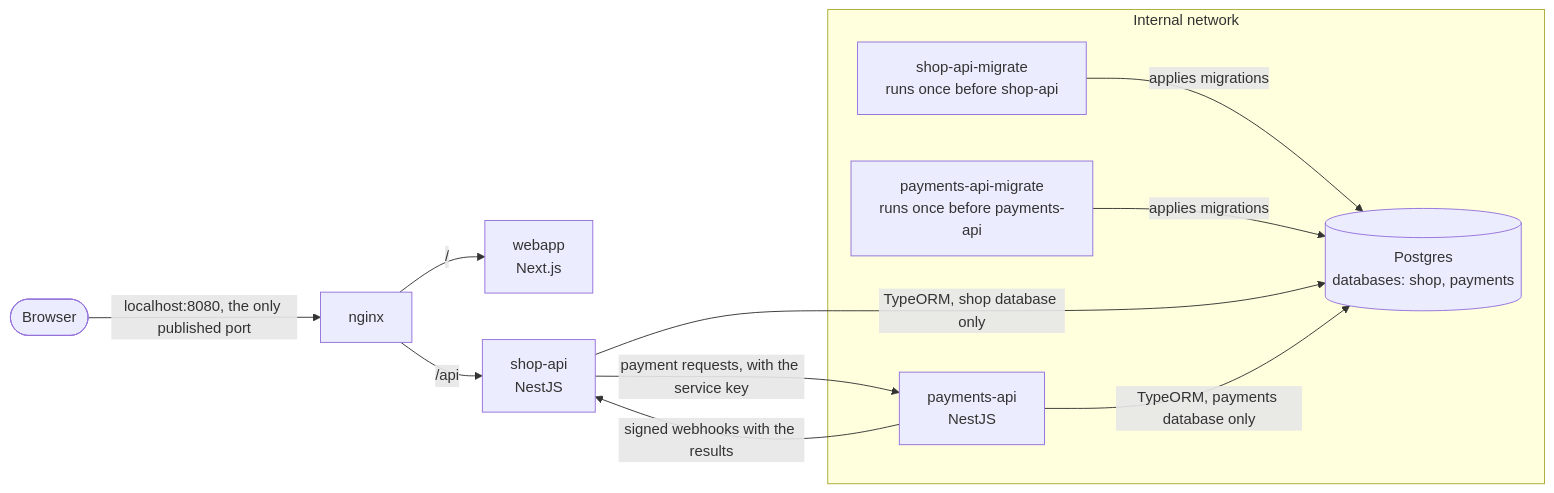
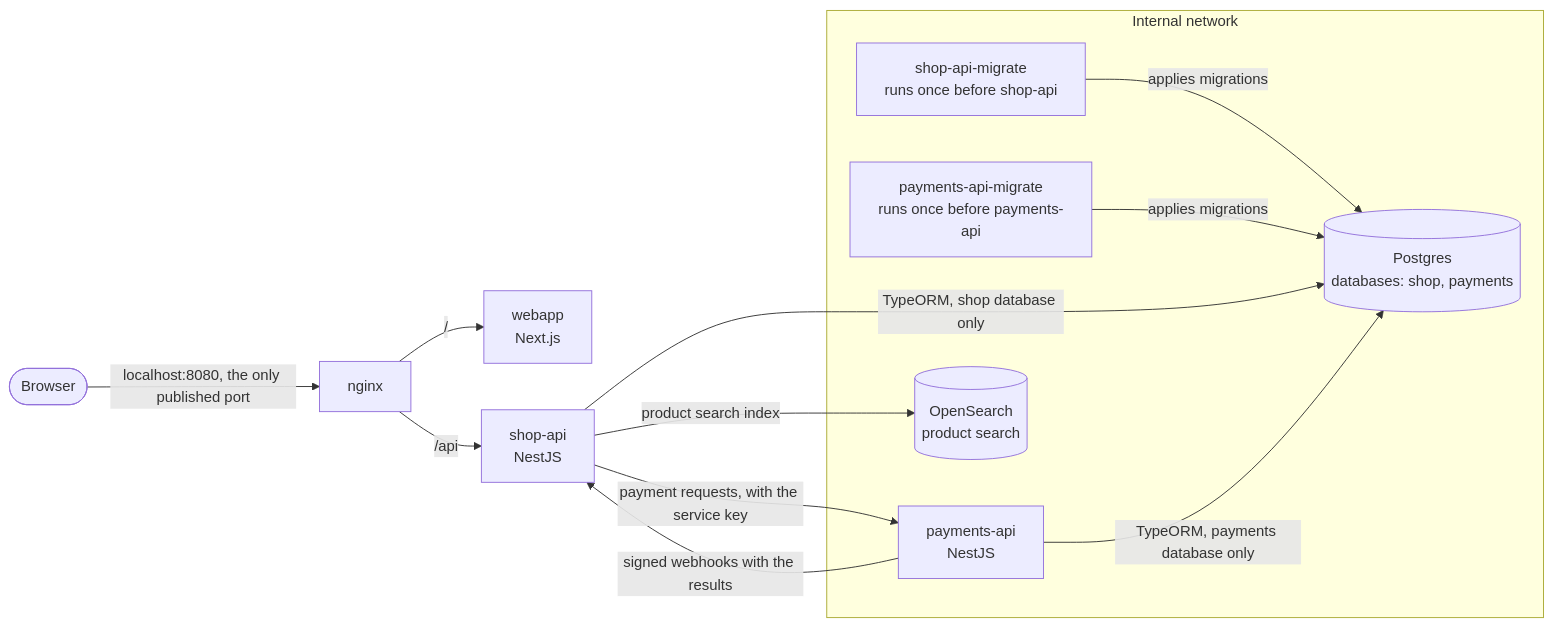
The diagram in docs/architecture.md (chaarlie/shopping-app), drawn with Mermaid before and after one commit. The commit also changed other lines of this file and 16 other files, not shown here.

First line of the commit message:
feat(shop-api): run OpenSearch and write products to a versioned index

````diff
--- a/docs/architecture.md
+++ b/docs/architecture.md
@@ -5,21 +5,23 @@
 ```mermaid
 flowchart LR
     browser([Browser]) -->|"localhost:8080, the only published port"| nginx
 
     nginx -->|"/"| webapp["webapp<br/>Next.js"]
     nginx -->|"/api"| shop["shop-api<br/>NestJS"]
 
     subgraph internal ["Internal network"]
         migrate["shop-api-migrate<br/>runs once before shop-api"]
         paymentsMigrate["payments-api-migrate<br/>runs once before payments-api"]
         payments["payments-api<br/>NestJS"]
         postgres[("Postgres<br/>databases: shop, payments")]
+        opensearch[("OpenSearch<br/>product search")]
     end
 
     migrate -->|"applies migrations"| postgres
     paymentsMigrate -->|"applies migrations"| postgres
     shop -->|"TypeORM, shop database only"| postgres
     payments -->|"TypeORM, payments database only"| postgres
     shop -->|"payment requests, with the service key"| payments
     payments -->|"signed webhooks with the results"| shop
+    shop -->|"product search index"| opensearch
 ```
````
